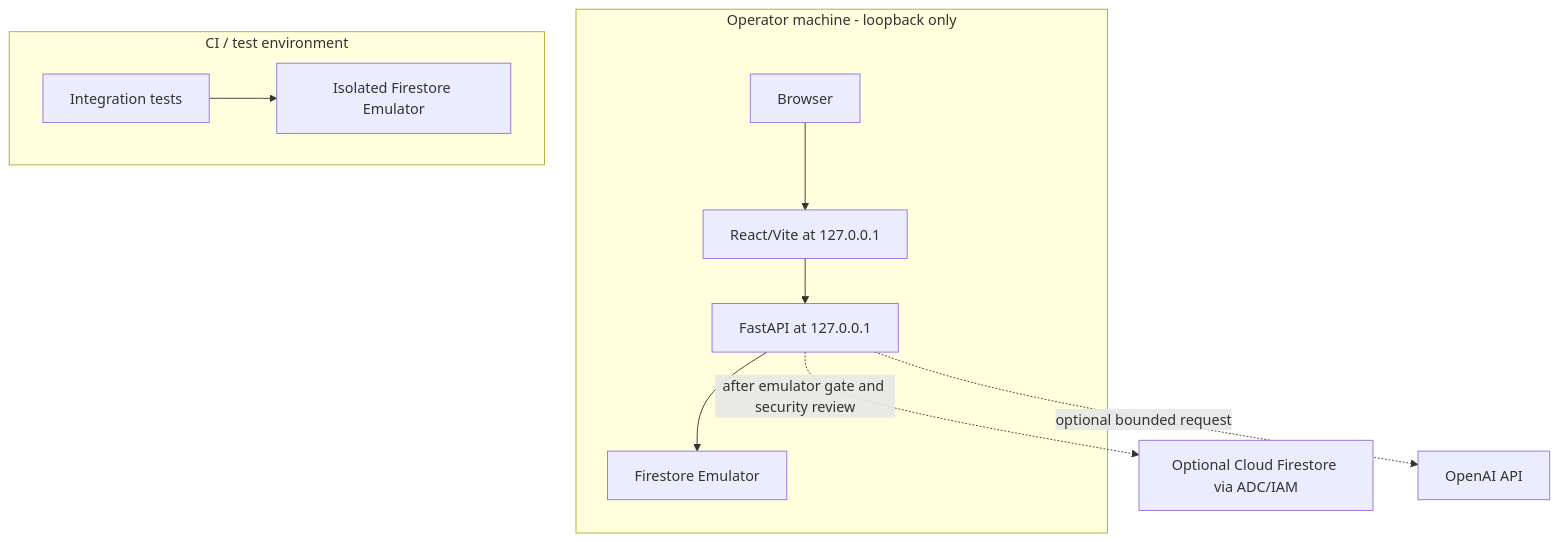
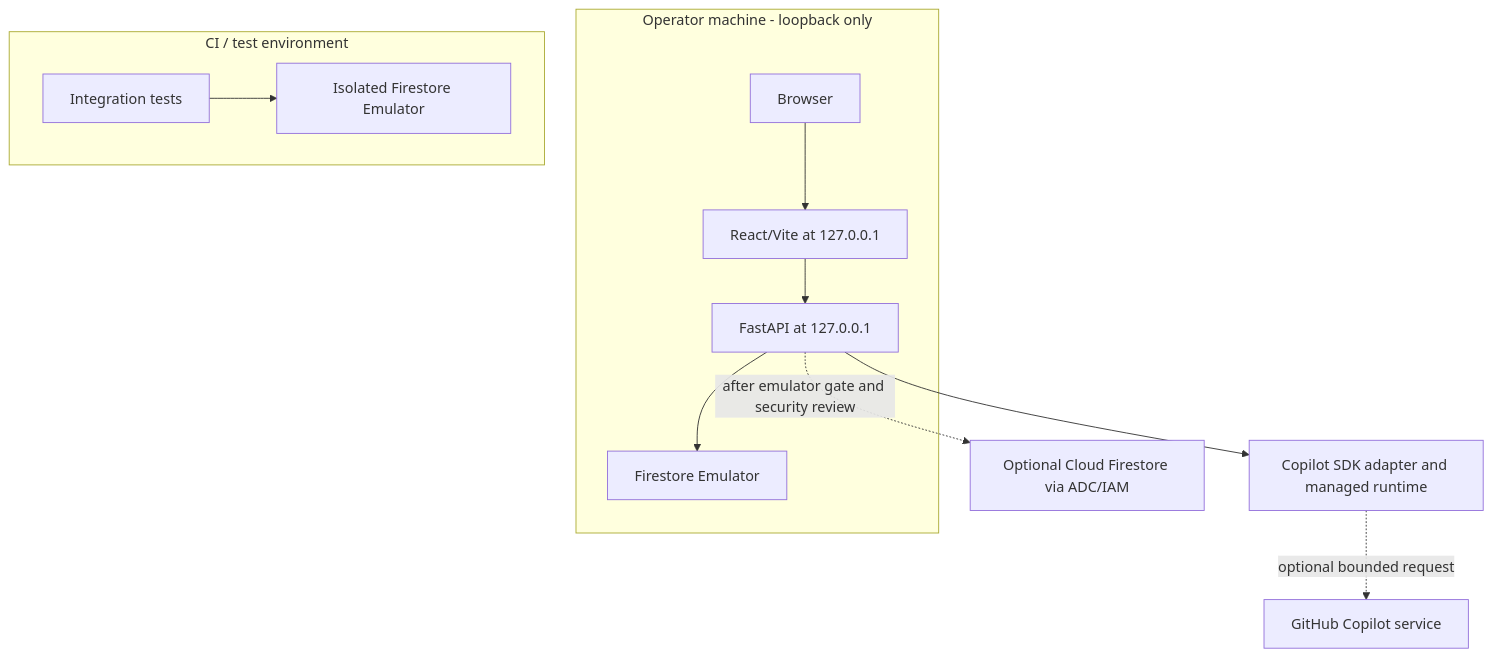
One commit to MFeijo96/Carmelo changed the third of 3 diagrams in project-context/1.define/sad.md. Above: the diagram before and after it, drawn with Mermaid. The commit also changed other lines of this file and 39 other files, not shown here.

````diff
--- a/project-context/1.define/sad.md
+++ b/project-context/1.define/sad.md
@@ -170,19 +177,20 @@
 ```mermaid
 flowchart TB
   subgraph Local[Operator machine - loopback only]
     Browser[Browser]
     Vite[React/Vite at 127.0.0.1]
     API[FastAPI at 127.0.0.1]
     Emulator[Firestore Emulator]
     Browser --> Vite
     Vite --> API
     API --> Emulator
   end
   API -. after emulator gate and security review .-> Firestore[Optional Cloud Firestore via ADC/IAM]
-  API -. optional bounded request .-> OpenAI[OpenAI API]
+  API --> SDK[Copilot SDK adapter and managed runtime]
+  SDK -. optional bounded request .-> Copilot[GitHub Copilot service]
   subgraph CI[CI / test environment]
     Tests[Integration tests]
     TestEmulator[Isolated Firestore Emulator]
     Tests --> TestEmulator
   end
 ```
````
